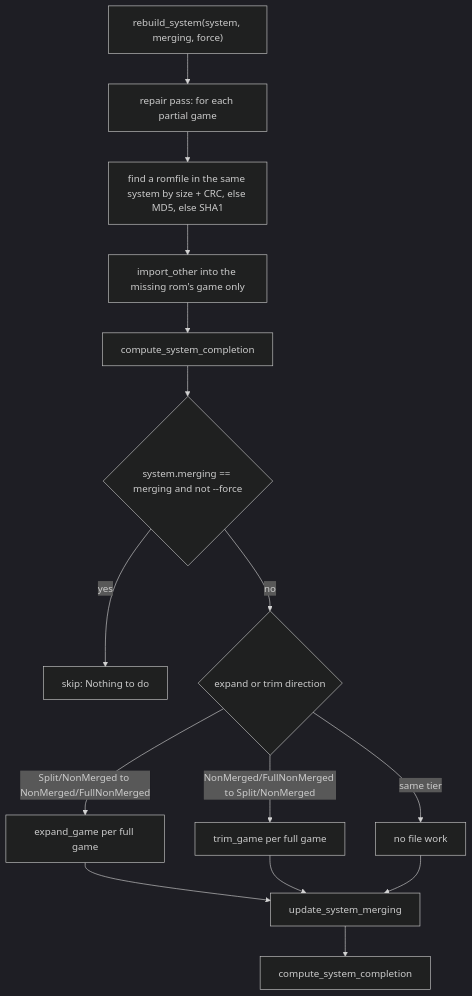
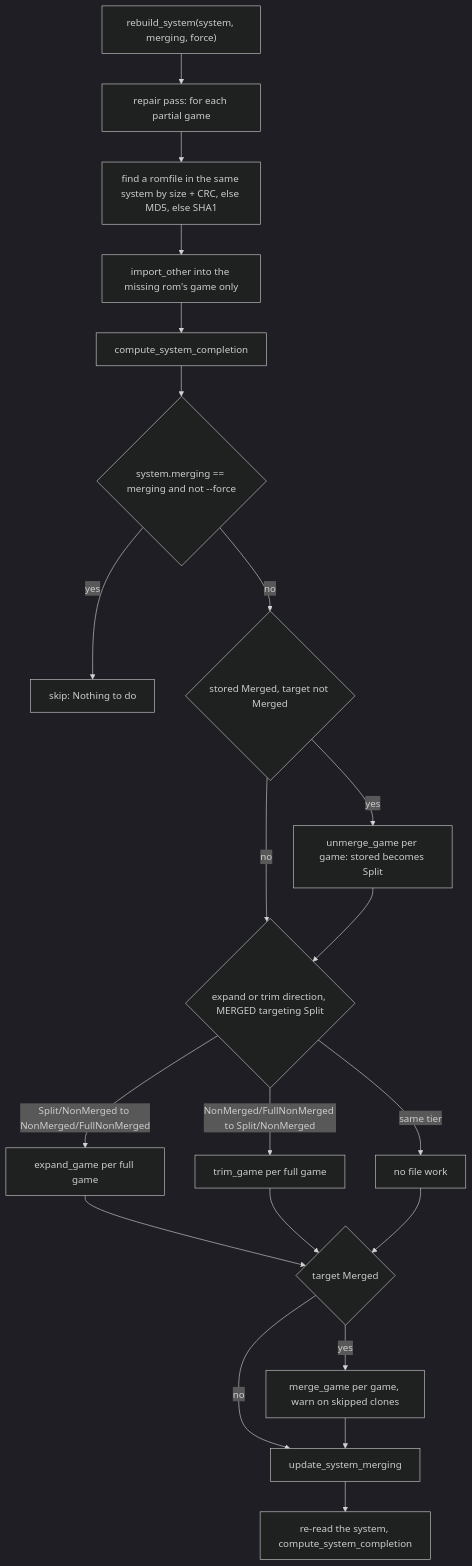
The first of 2 diagrams in openwiki/workflows/arcade-rebuild-and-playlists.md (alucryd/oxyromon), drawn with Mermaid (dark theme) before and after one commit. The commit also changed other lines of this file and 59 other files, not shown here.

````diff
--- a/openwiki/workflows/arcade-rebuild-and-playlists.md
+++ b/openwiki/workflows/arcade-rebuild-and-playlists.md
@@ -174,17 +178,23 @@
 ```mermaid
 flowchart TD
     A["rebuild_system(system, merging, force)"] --> B["repair pass: for each partial game"]
     B --> C["find a romfile in the same system by size + CRC, else MD5, else SHA1"]
     C --> D["import_other into the missing rom's game only"]
     D --> E["compute_system_completion"]
     E --> F{"system.merging == merging and not --force"}
     F -->|yes| G["skip: Nothing to do"]
-    F -->|no| H{"expand or trim direction"}
+    F -->|no| U{"stored Merged, target not Merged"}
+    U -->|yes| V["unmerge_game per game: stored becomes Split"]
+    U -->|no| H
+    V --> H{"expand or trim direction, MERGED targeting Split"}
     H -->|"Split/NonMerged to NonMerged/FullNonMerged"| I["expand_game per full game"]
     H -->|"NonMerged/FullNonMerged to Split/NonMerged"| J["trim_game per full game"]
     H -->|same tier| K["no file work"]
-    I --> L["update_system_merging"]
-    J --> L
-    K --> L
-    L --> M["compute_system_completion"]
+    I --> W{"target Merged"}
+    J --> W
+    K --> W
+    W -->|yes| X["merge_game per game, warn on skipped clones"]
+    W -->|no| L
+    X --> L["update_system_merging"]
+    L --> M["re-read the system, compute_system_completion"]
 ```
````
